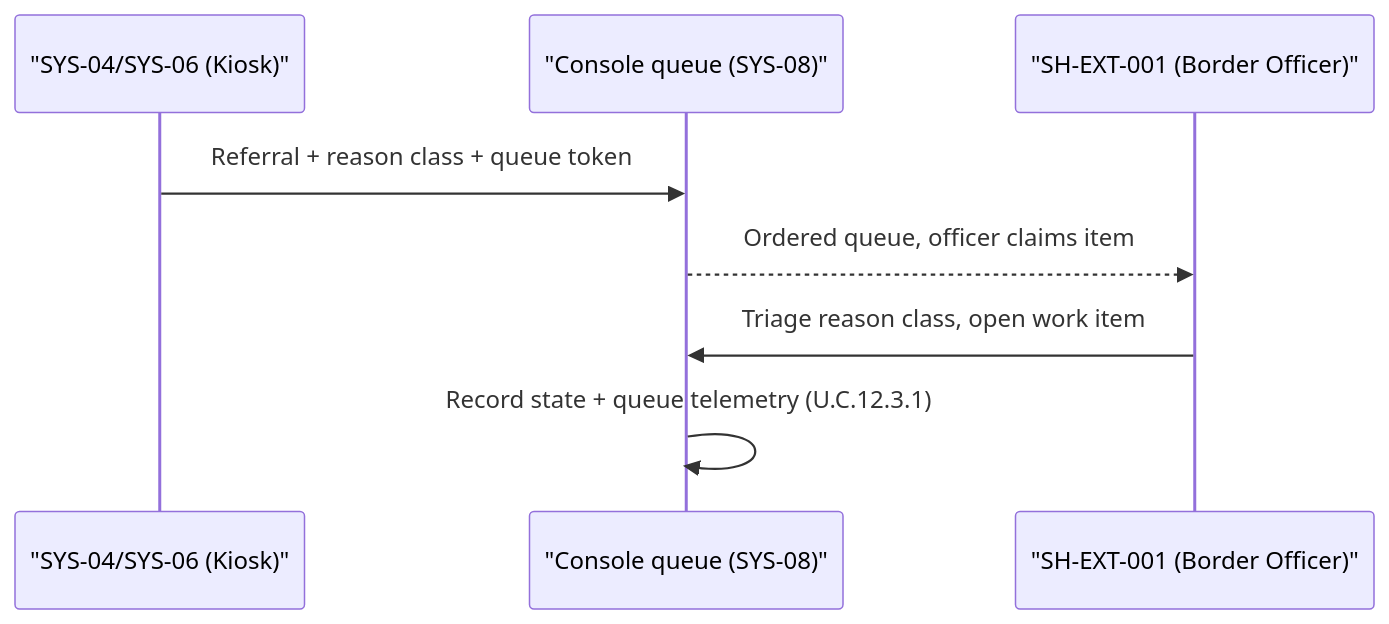
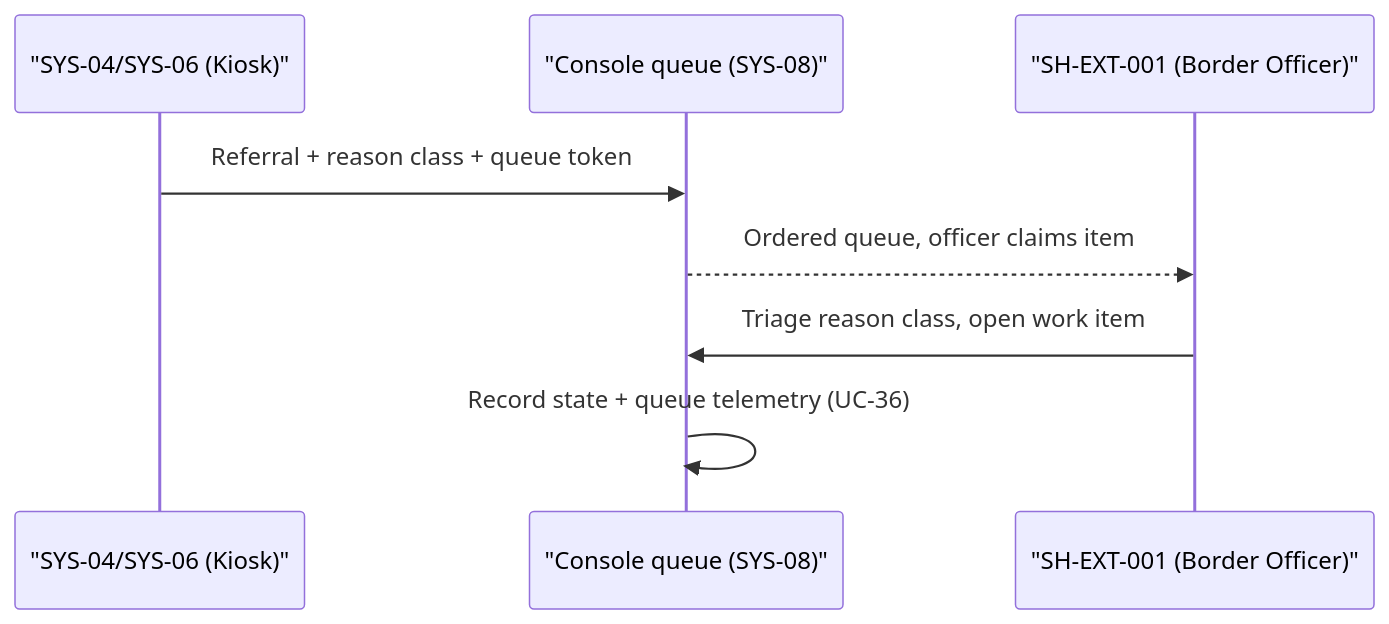
The ninth of 21 diagrams in 02_CASES/Case_02_SecureBorder_Solutions/03_PHASE3_DECOMPOSITION/annexes/B_Sequence_Diagrams.md (pauloribeiro16/Methodology_compact), drawn with Mermaid before and after one commit. The commit also changed other lines of this file and 22 other files, not shown here.

Commit message:
[EXECUTOR] F3 RENUMBER Case_02: U.C.x flattened → UC-01..36 (compliance 01..15 + product 16..36), two-phase, 12 files, 6 SVGs re-rendered, xlsx regenerated; gates: pre-existing FAILs only, audit 100%, mermaid 192/192, smoke 16/16; 1 missed live ref (Doc23) re-anchored

````diff
--- a/02_CASES/Case_02_SecureBorder_Solutions/03_PHASE3_DECOMPOSITION/annexes/B_Sequence_Diagrams.md
+++ b/02_CASES/Case_02_SecureBorder_Solutions/03_PHASE3_DECOMPOSITION/annexes/B_Sequence_Diagrams.md
@@ -125,10 +130,10 @@
 ```mermaid
 sequenceDiagram
     participant KIOSK as "SYS-04/SYS-06 (Kiosk)"
     participant CON as "Console queue (SYS-08)"
     participant OFFR as "SH-EXT-001 (Border Officer)"
     KIOSK->>CON: Referral + reason class + queue token
     CON-->>OFFR: Ordered queue, officer claims item
     OFFR->>CON: Triage reason class, open work item
-    CON->>CON: Record state + queue telemetry (U.C.12.3.1)
+    CON->>CON: Record state + queue telemetry (UC-36)
 ```
````
